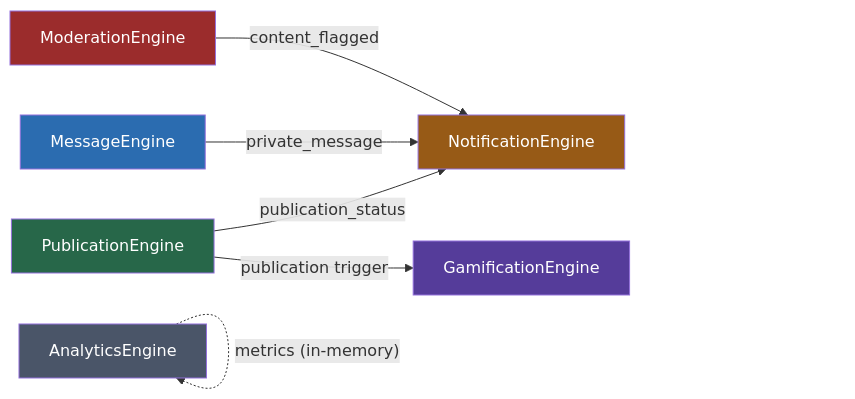
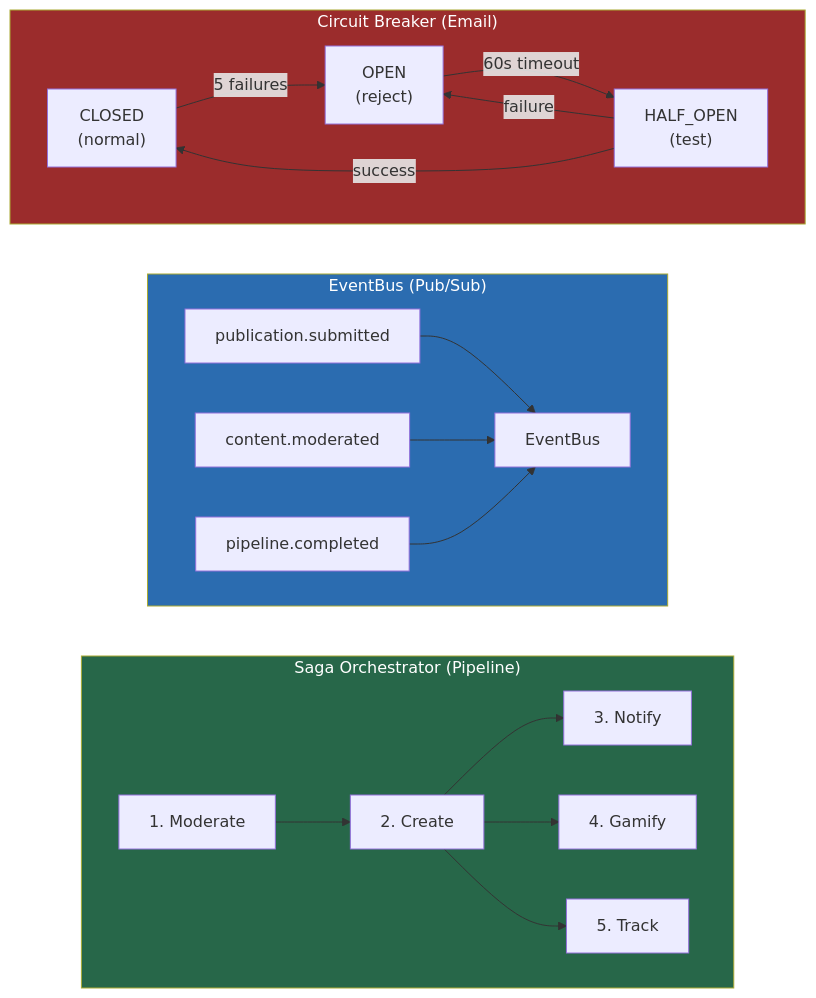
One commit to federicopfund/Reactive-Manifesto changed the second of 3 diagrams in README.md. Above: the diagram before and after it, drawn with Mermaid. The commit also changed other lines of this file, not shown here.

````diff
--- a/README.md
+++ b/README.md
@@ -168,15 +187,33 @@
 ```mermaid
 graph LR
-    PE["PublicationEngine"] -- "publication_status" --> NE["NotificationEngine"]
-    ME["MessageEngine"] -- "private_message" --> NE
-    MOE["ModerationEngine"] -- "content_flagged" --> NE
-    PE -- "publication trigger" --> GE["GamificationEngine"]
-    AE["AnalyticsEngine"] -.  "metrics (in-memory)" .-> AE
+    subgraph Saga["Saga Orchestrator (Pipeline)"]
+        direction LR
+        S1["1. Moderate"] --> S2["2. Create"]
+        S2 --> S3["3. Notify"]
+        S2 --> S4["4. Gamify"]
+        S2 --> S5["5. Track"]
+    end
 
-    style PE fill:#276749,color:#fff
-    style ME fill:#2b6cb0,color:#fff
-    style NE fill:#975a16,color:#fff
-    style MOE fill:#9b2c2c,color:#fff
-    style GE fill:#553c9a,color:#fff
-    style AE fill:#4a5568,color:#fff
+    subgraph PubSub["EventBus (Pub/Sub)"]
+        direction LR
+        EB["EventBus"]
+        PUB1["publication.submitted"]
+        PUB2["content.moderated"]
+        PUB3["pipeline.completed"]
+        PUB1 --> EB
+        PUB2 --> EB
+        PUB3 --> EB
+    end
+
+    subgraph CB["Circuit Breaker (Email)"]
+        direction LR
+        CLOSED["CLOSED\n(normal)"] -->|"5 failures"| OPEN["OPEN\n(reject)"]
+        OPEN -->|"60s timeout"| HALFOPEN["HALF_OPEN\n(test)"]
+        HALFOPEN -->|"success"| CLOSED
+        HALFOPEN -->|"failure"| OPEN
+    end
+
+    style Saga fill:#276749,color:#fff
+    style PubSub fill:#2b6cb0,color:#fff
+    style CB fill:#9b2c2c,color:#fff
 ```
````
